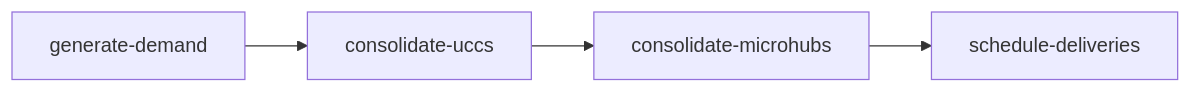
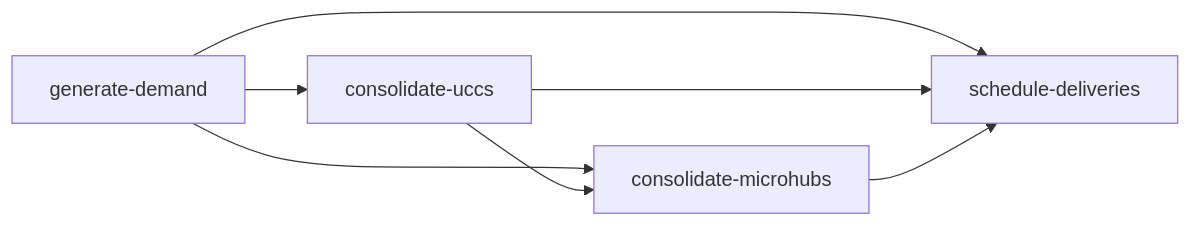
Before and after one commit to hcubasd/urban-dollop: the diagram in README.md, drawn with Mermaid. The commit also changed other lines of this file and 2 other files, not shown here.

````diff
--- a/README.md
+++ b/README.md
@@ -37,4 +37,9 @@
 ```mermaid
 flowchart LR
-    A[generate-demand] --> B[consolidate-uccs] --> C[consolidate-microhubs] --> D[schedule-deliveries]
+    A[generate-demand] --> B[consolidate-uccs]
+    A --> C[consolidate-microhubs]
+    A --> D[schedule-deliveries]
+    B --> C
+    B --> D
+    C --> D
 ```
````
